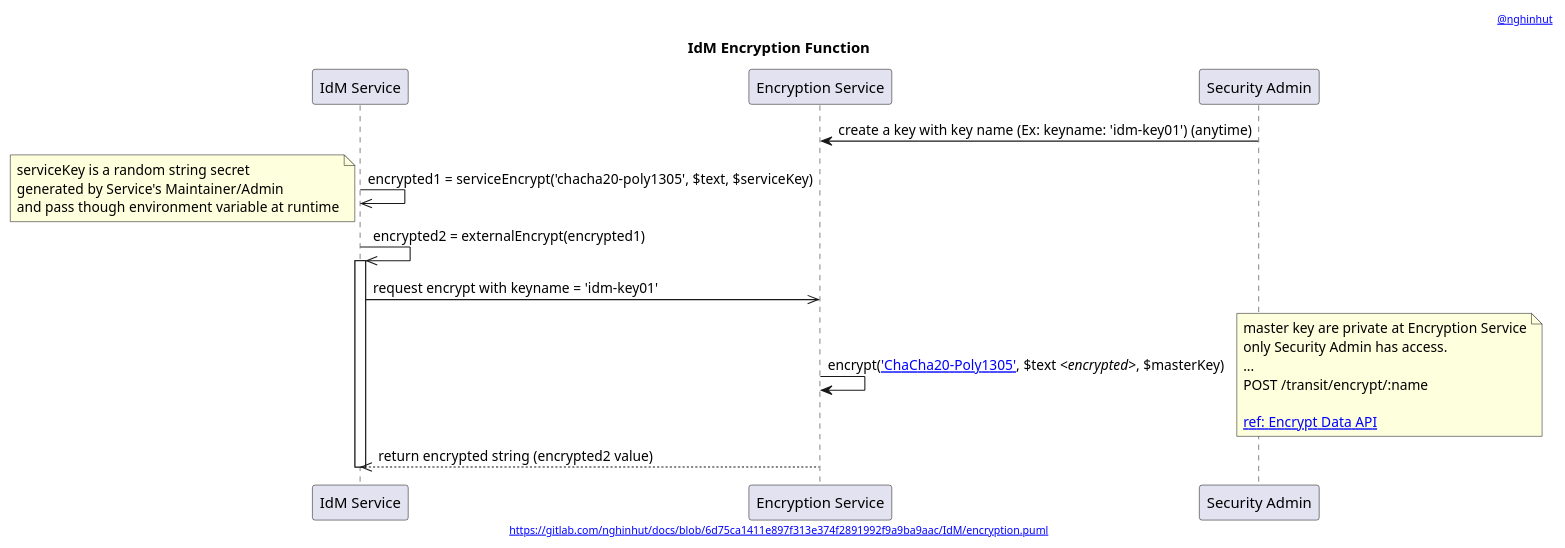
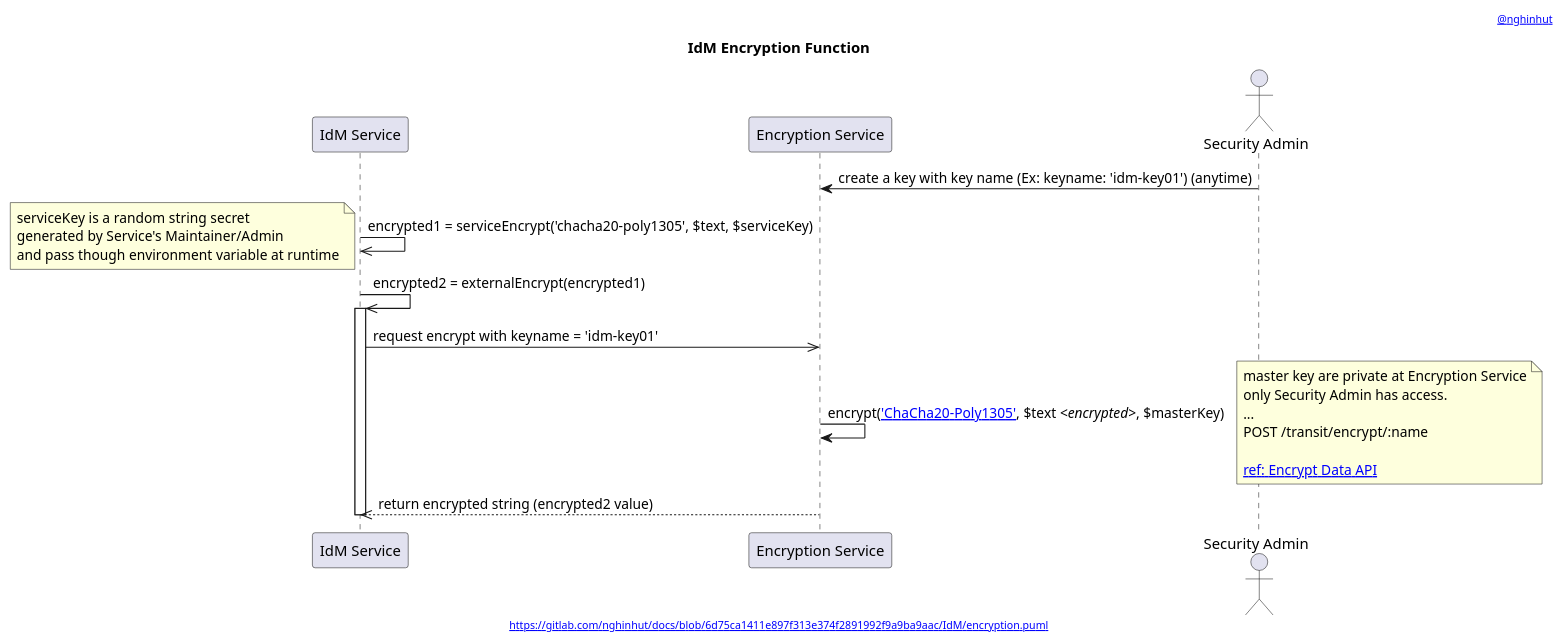
The diagram in IdM/encryption.function.puml (nghinhut/docs), drawn with PlantUML before and after one commit.

Commit message:
Update diagrams

```diff
--- a/IdM/encryption.function.puml
+++ b/IdM/encryption.function.puml
@@ -1,36 +1,36 @@
 @startuml
 '-----START auto generated metadata please keep comment here to allow auto update-----
 '-----DON'T EDIT THIS SECTION, INSTEAD RE-RUN prebuild.sh TO UPDATE-----
 header [[https://www.nghinhut.dev?from=http%5C%3A%5C%2F%5C%2Fwww%5C.plantuml%5C.com%5C%2Fplantuml%5C%2Fproxy%3Ffmt%3Dsvg%5C%26src%3Dhttps%5C%3A%5C%2F%5C%2Fgitlab%5C.com%5C%2Fnghinhut%5C%2Fdocs%5C%2Fraw%5C%2F6d75ca1411e897f313e374f2891992f9a9ba9aac%5C%2FIdM%5C%2Fencryption%5C.puml%0A @nghinhut]]
 footer [[http://www.plantuml.com/plantuml/proxy?fmt=svg&src=https://gitlab.com/nghinhut/docs/raw/6d75ca1411e897f313e374f2891992f9a9ba9aac/IdM/encryption.puml https://gitlab.com/nghinhut/docs/blob/6d75ca1411e897f313e374f2891992f9a9ba9aac/IdM/encryption.puml]]
 '-----END auto generated metadata please keep comment here to allow auto update-----
 title IdM Encryption Function
 participant "IdM Service" as idm
 participant "Encryption Service" as es
-participant "Security Admin" as esAdmin
+actor "Security Admin" as esAdmin
 
 es <- esAdmin : create a key with key name (Ex: keyname: 'idm-key01') (anytime)
 
 idm ->> idm : encrypted1 = serviceEncrypt('chacha20-poly1305', $text, $serviceKey)
 note left
     serviceKey is a random string secret
     generated by Service's Maintainer/Admin
     and pass though environment variable at runtime
 end note
 
 idm ->> idm : encrypted2 = externalEncrypt(encrypted1)
 activate idm
     idm ->> es : request encrypt with keyname = 'idm-key01'
         es -> es : encrypt([[https://www.vaultproject.io/docs/secrets/transit/index.html#chacha20-poly1305{ChaCha20-Poly1305 with a 256-bit key} 'ChaCha20-Poly1305']], $text //<encrypted>//, $masterKey)
         note right
             master key are private at Encryption Service
             only Security Admin has access.
             ...
             POST /transit/encrypt/:name
 
             [[https://www.vaultproject.io/api/secret/transit/index.html#encrypt-data ref: Encrypt Data API]]
         end note
     idm <<-- es : return encrypted string (encrypted2 value)
 deactivate idm
 
 @enduml
```
